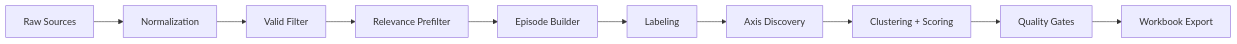
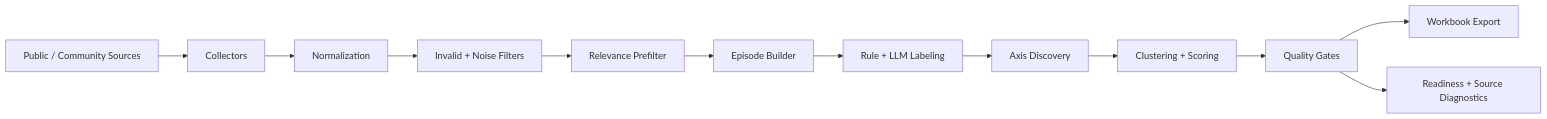
The diagram in README.md (maetelson/persona-pipeline), drawn with Mermaid before and after one commit. The commit also changed other lines of this file, not shown here.

````diff
--- a/README.md
+++ b/README.md
@@ -67,12 +58,14 @@
 ```mermaid
 flowchart LR
-    A["Raw Sources"] --> B["Normalization"]
-    B --> C["Valid Filter"]
-    C --> D["Relevance Prefilter"]
-    D --> E["Episode Builder"]
-    E --> F["Labeling"]
-    F --> G["Axis Discovery"]
-    G --> H["Clustering + Scoring"]
-    H --> I["Quality Gates"]
-    I --> J["Workbook Export"]
+  A[Public / Community Sources] --> B[Collectors]
+  B --> C[Normalization]
+  C --> D[Invalid + Noise Filters]
+  D --> E[Relevance Prefilter]
+  E --> F[Episode Builder]
+  F --> G[Rule + LLM Labeling]
+  G --> H[Axis Discovery]
+  H --> I[Clustering + Scoring]
+  I --> J[Quality Gates]
+  J --> K[Workbook Export]
+  J --> L[Readiness + Source Diagnostics]
 ```
````
